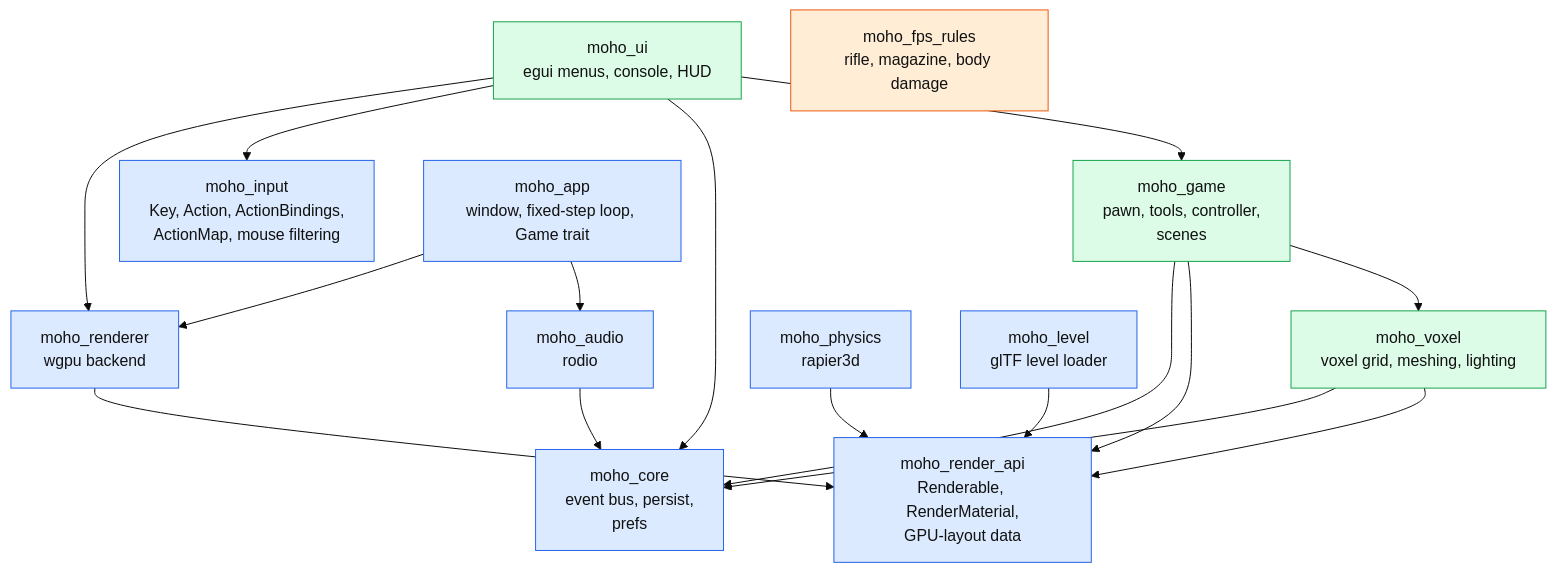
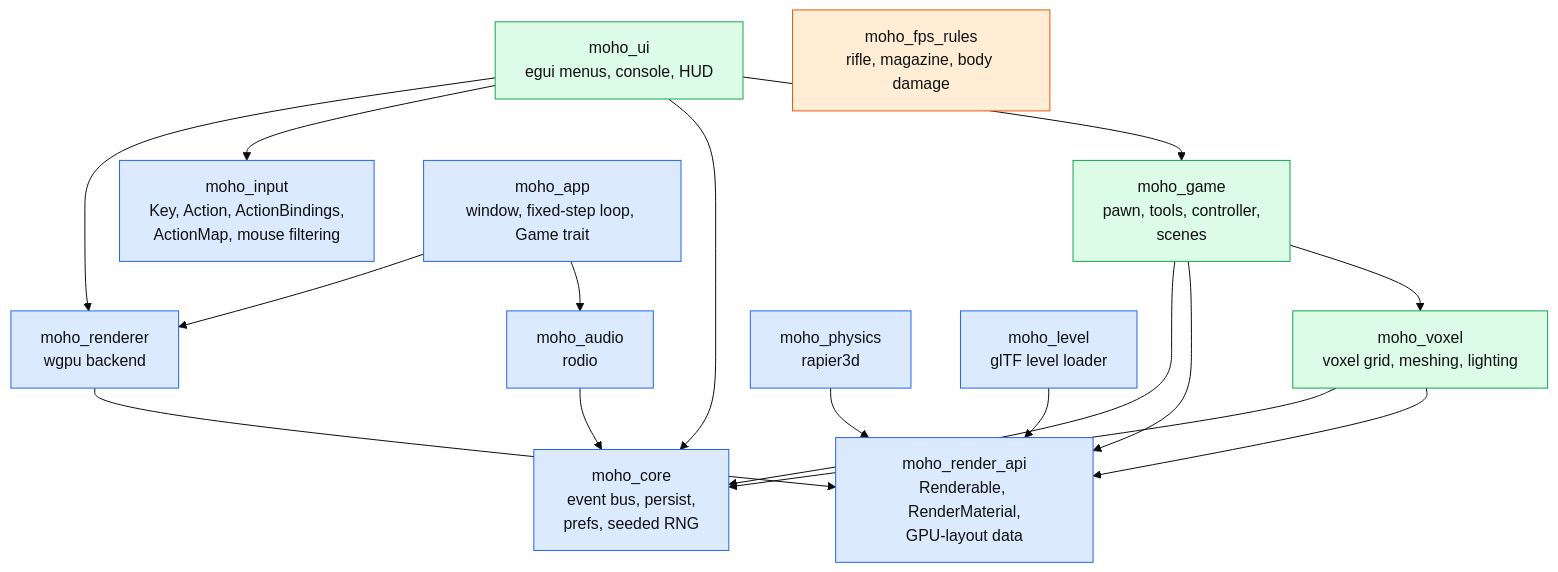
The first of 3 diagrams in wiki/architecture/overview.md (WrackedFella/moho), drawn with Mermaid (base theme) before and after one commit. The commit also changed other lines of this file, not shown here.

First line of the commit message:
docs(wiki): note the seeded simulation RNG in the architecture overview (ENG-F6-01)

````diff
--- a/wiki/architecture/overview.md
+++ b/wiki/architecture/overview.md
@@ -17,29 +17,29 @@
 ```mermaid
 flowchart TD
     ui["moho_ui<br/>egui menus, console, HUD"]:::strategy
     game["moho_game<br/>pawn, tools, controller,<br/>scenes"]:::strategy
     voxel["moho_voxel<br/>voxel grid, meshing, lighting"]:::strategy
 
     renderer["moho_renderer<br/>wgpu backend"]:::engine
     rapi["moho_render_api<br/>Renderable, RenderMaterial,<br/>GPU-layout data"]:::engine
-    core["moho_core<br/>event bus, persist,<br/>prefs"]:::engine
+    core["moho_core<br/>event bus, persist,<br/>prefs, seeded RNG"]:::engine
     audio["moho_audio<br/>rodio"]:::engine
     physics["moho_physics<br/>rapier3d"]:::engine
     input["moho_input<br/>Key, Action, ActionBindings,<br/>ActionMap, mouse filtering"]:::engine
     app["moho_app<br/>window, fixed-step loop, Game trait"]:::engine
     level["moho_level<br/>glTF level loader"]:::engine
     fps["moho_fps_rules<br/>rifle, magazine, body damage"]:::fps
 
     ui --> renderer & input & core & game
     game --> core & rapi & voxel
     voxel --> core & rapi
     renderer --> rapi
     app --> renderer & audio
     audio --> core
     physics --> rapi
     level --> rapi
 
     classDef engine fill:#dbeafe,stroke:#2563eb,color:#111
     classDef strategy fill:#dcfce7,stroke:#16a34a,color:#111
     classDef fps fill:#ffedd5,stroke:#ea580c,color:#111
 ```
````
